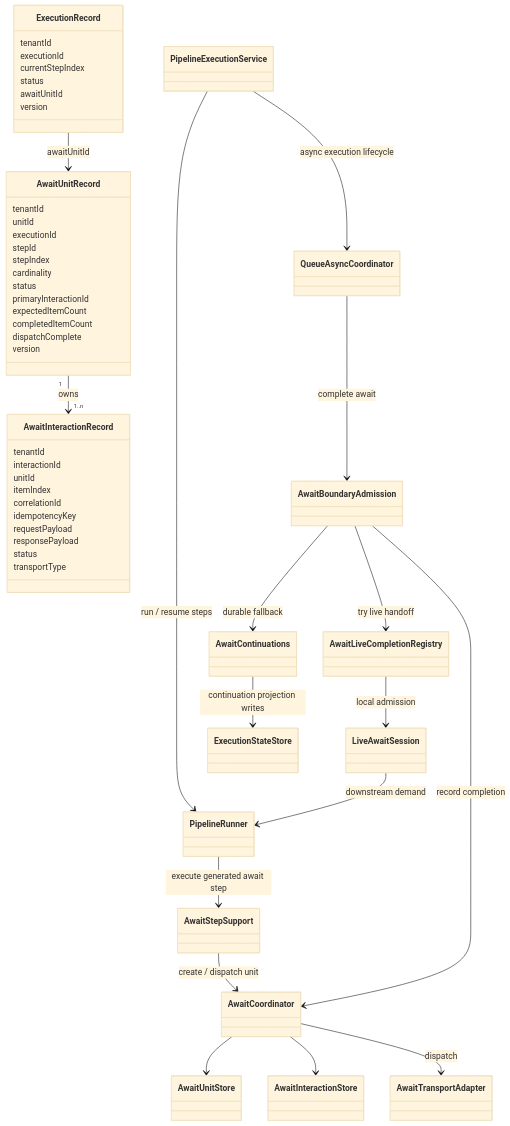
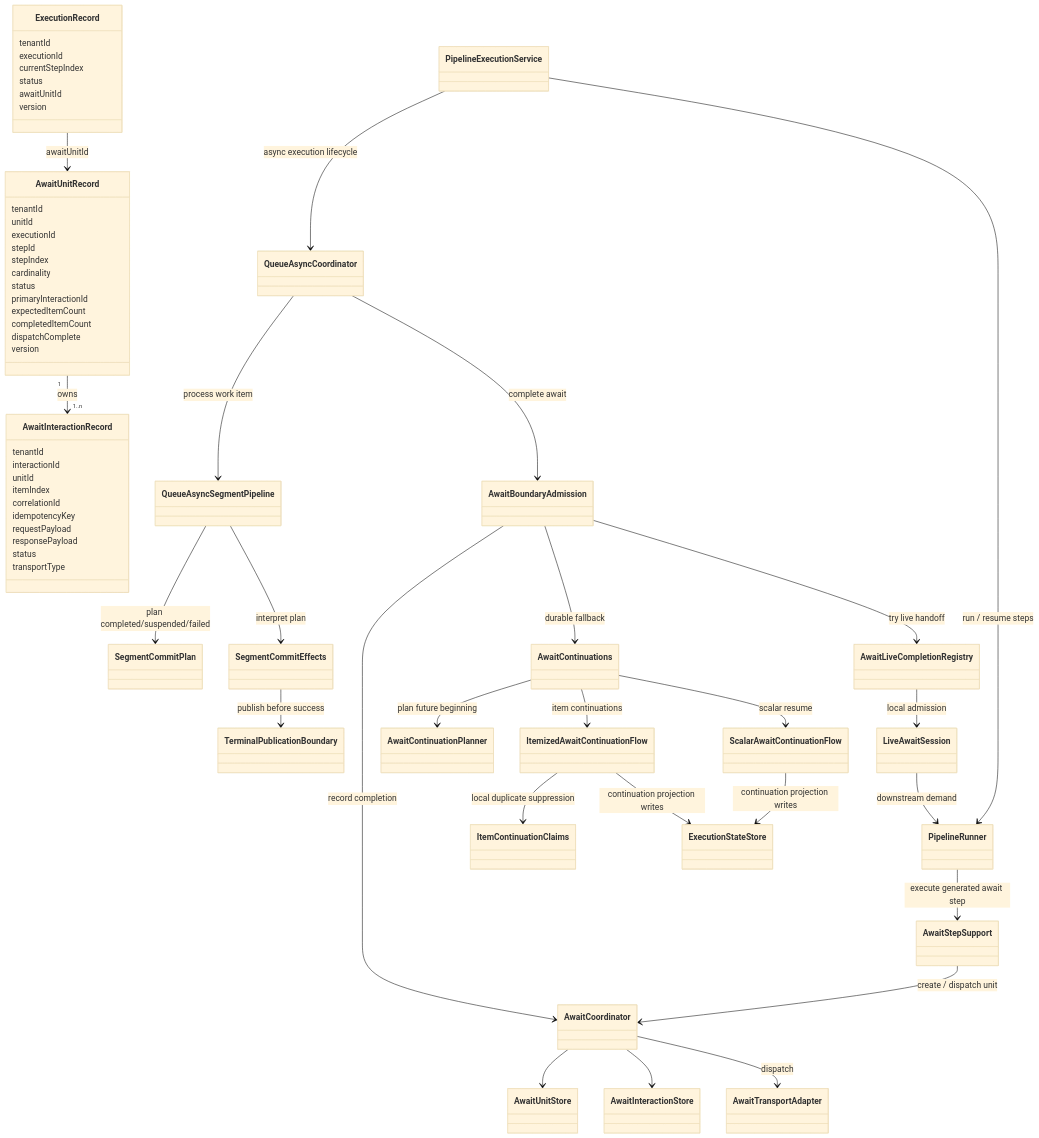
Before and after one commit to The-Pipeline-Framework/pipelineframework: the first of 2 diagrams in docs/evolve/await-unit-runtime/index.md, drawn with Mermaid (base theme). The commit also changed other lines of this file and 26 other files, not shown here.

Commit message:
Extract queue async segment and continuation pipelines (#447)

```diff
--- a/docs/evolve/await-unit-runtime/index.md
+++ b/docs/evolve/await-unit-runtime/index.md
@@ -64,10 +64,18 @@
     class PipelineExecutionService
     class PipelineRunner
     class QueueAsyncCoordinator
+    class QueueAsyncSegmentPipeline
+    class SegmentCommitPlan
+    class SegmentCommitEffects
+    class TerminalPublicationBoundary
     class AwaitBoundaryAdmission
     class AwaitLiveCompletionRegistry
     class LiveAwaitSession
     class AwaitContinuations
+    class AwaitContinuationPlanner
+    class ScalarAwaitContinuationFlow
+    class ItemizedAwaitContinuationFlow
+    class ItemContinuationClaims
     class AwaitStepSupport
     class AwaitCoordinator
     class AwaitUnitStore
@@ -81,13 +89,22 @@
     PipelineRunner --> AwaitStepSupport : execute generated await step
     AwaitStepSupport --> AwaitCoordinator : create / dispatch unit
     PipelineExecutionService --> QueueAsyncCoordinator : async execution lifecycle
+    QueueAsyncCoordinator --> QueueAsyncSegmentPipeline : process work item
+    QueueAsyncSegmentPipeline --> SegmentCommitPlan : plan completed/suspended/failed
+    QueueAsyncSegmentPipeline --> SegmentCommitEffects : interpret plan
+    SegmentCommitEffects --> TerminalPublicationBoundary : publish before success
     QueueAsyncCoordinator --> AwaitBoundaryAdmission : complete await
     AwaitBoundaryAdmission --> AwaitCoordinator : record completion
     AwaitBoundaryAdmission --> AwaitLiveCompletionRegistry : try live handoff
     AwaitLiveCompletionRegistry --> LiveAwaitSession : local admission
     LiveAwaitSession --> PipelineRunner : downstream demand
     AwaitBoundaryAdmission --> AwaitContinuations : durable fallback
-    AwaitContinuations --> ExecutionStateStore : continuation projection writes
+    AwaitContinuations --> AwaitContinuationPlanner : plan future beginning
+    AwaitContinuations --> ScalarAwaitContinuationFlow : scalar resume
+    AwaitContinuations --> ItemizedAwaitContinuationFlow : item continuations
+    ItemizedAwaitContinuationFlow --> ItemContinuationClaims : local duplicate suppression
+    ScalarAwaitContinuationFlow --> ExecutionStateStore : continuation projection writes
+    ItemizedAwaitContinuationFlow --> ExecutionStateStore : continuation projection writes
     AwaitCoordinator --> AwaitUnitStore
     AwaitCoordinator --> AwaitInteractionStore
     AwaitCoordinator --> AwaitTransportAdapter : dispatch
```
